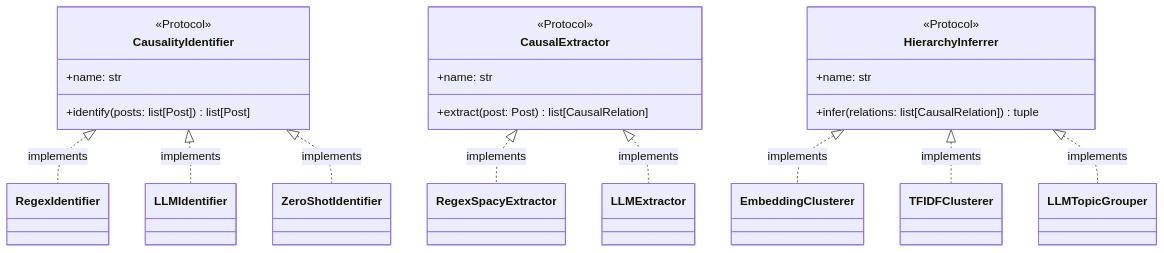
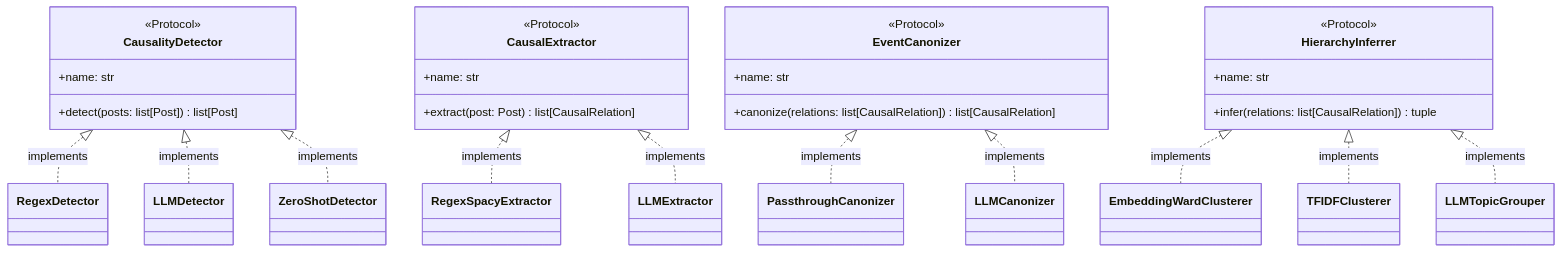
The fourth of 7 diagrams in docs/architecture.md (TheMrSheldon/causalgraph), drawn with Mermaid before and after one commit. The commit also changed other lines of this file and 8 other files, not shown here.

````diff
--- a/docs/architecture.md
+++ b/docs/architecture.md
@@ -158,31 +165,40 @@
 ```mermaid
 classDiagram
-    class CausalityIdentifier {
+    class CausalityDetector {
         <<Protocol>>
-        +identify(posts: list[Post]) list[Post]
+        +detect(posts: list[Post]) list[Post]
         +name: str
     }
 
     class CausalExtractor {
         <<Protocol>>
         +extract(post: Post) list[CausalRelation]
         +name: str
     }
 
+    class EventCanonizer {
+        <<Protocol>>
+        +canonize(relations: list[CausalRelation]) list[CausalRelation]
+        +name: str
+    }
+
     class HierarchyInferrer {
         <<Protocol>>
         +infer(relations: list[CausalRelation]) tuple
         +name: str
     }
 
-    CausalityIdentifier <|.. RegexIdentifier : implements
-    CausalityIdentifier <|.. LLMIdentifier : implements
-    CausalityIdentifier <|.. ZeroShotIdentifier : implements
+    CausalityDetector <|.. RegexDetector : implements
+    CausalityDetector <|.. LLMDetector : implements
+    CausalityDetector <|.. ZeroShotDetector : implements
 
     CausalExtractor <|.. RegexSpacyExtractor : implements
     CausalExtractor <|.. LLMExtractor : implements
 
-    HierarchyInferrer <|.. EmbeddingClusterer : implements
+    EventCanonizer <|.. PassthroughCanonizer : implements
+    EventCanonizer <|.. LLMCanonizer : implements
+
+    HierarchyInferrer <|.. EmbeddingWardClusterer : implements
     HierarchyInferrer <|.. TFIDFClusterer : implements
     HierarchyInferrer <|.. LLMTopicGrouper : implements
 ```
````
